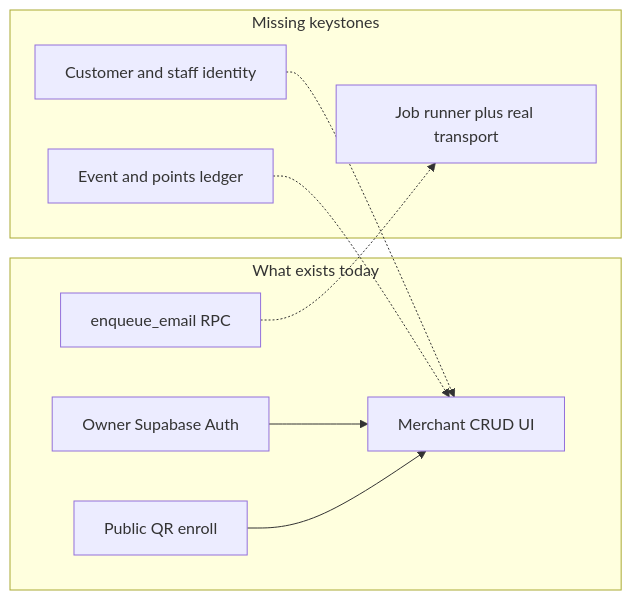
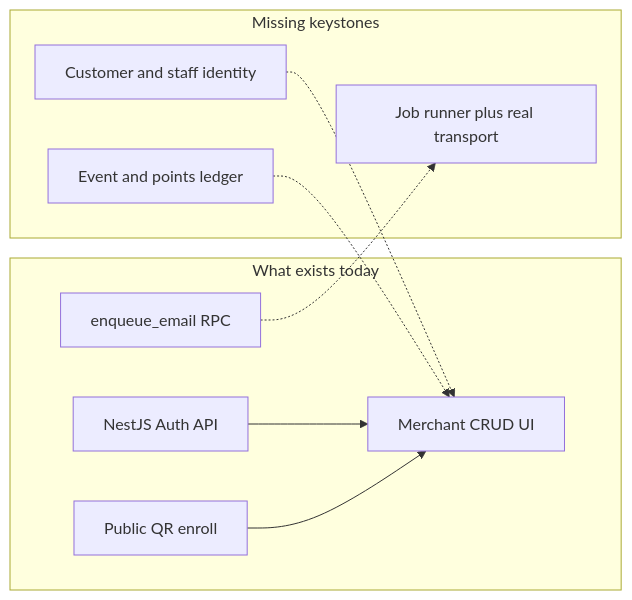
The first of 3 diagrams in docs/audit/2026-08-14-security-ui-product-audit.md (Ali-sherif/loyollo-web), drawn with Mermaid before and after one commit. The commit also changed other lines of this file and 23 other files, not shown here.

````diff
--- a/docs/audit/2026-08-14-security-ui-product-audit.md
+++ b/docs/audit/2026-08-14-security-ui-product-audit.md
@@ -33,19 +33,19 @@
 ```mermaid
 flowchart LR
   subgraph today [What exists today]
-    OwnerAuth[Owner Supabase Auth]
+    OwnerAuth[NestJS Auth API]
     CRUD[Merchant CRUD UI]
     JoinQR[Public QR enroll]
     Enqueue[enqueue_email RPC]
   end
   subgraph missing [Missing keystones]
     Identity[Customer and staff identity]
     Ledger[Event and points ledger]
     Jobs[Job runner plus real transport]
   end
   OwnerAuth --> CRUD
   JoinQR --> CRUD
   Enqueue -.-> Jobs
   Identity -.-> CRUD
   Ledger -.-> CRUD
 ```
````
